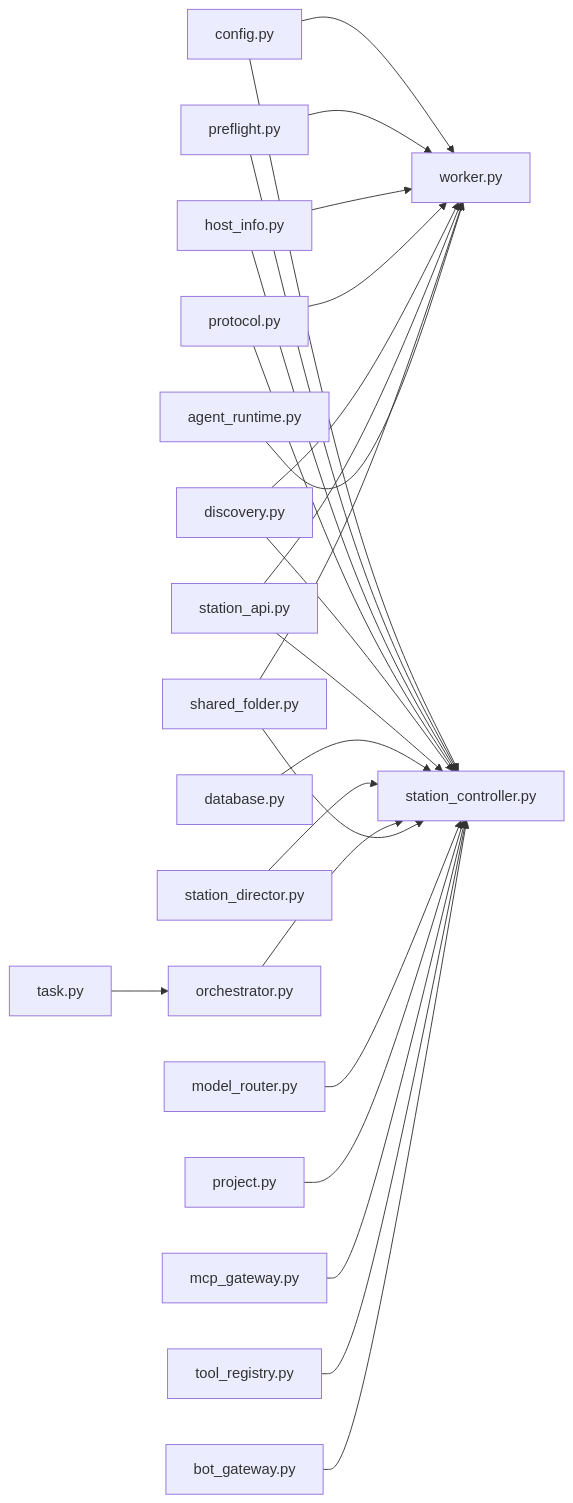
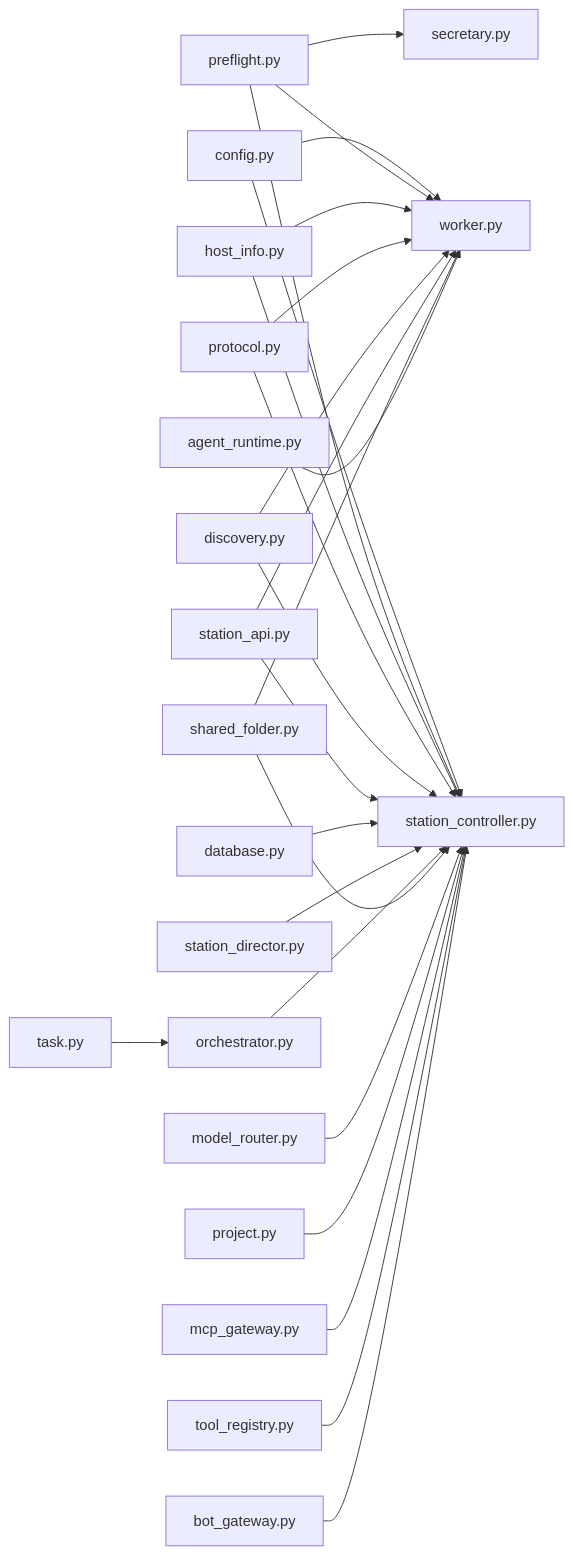
Before and after one commit to targalian/Personal-distributed-workstation: diagram 13 of 13 in .qoder/repowiki/zh/content/核心模块/核心模块.md, drawn with Mermaid. The commit also changed other lines of this file and 117 other files, not shown here.

````diff
--- a/.qoder/repowiki/zh/content/核心模块/核心模块.md
+++ b/.qoder/repowiki/zh/content/核心模块/核心模块.md
@@ -754,27 +823,28 @@
 ```mermaid
 graph LR
 Config["config.py"] --> Station["station_controller.py"]
 Config --> Worker["worker.py"]
 Preflight["preflight.py"] --> Station
 Preflight --> Worker
+Preflight --> Secretary["secretary.py"]
 HostInfo["host_info.py"] --> Station
 HostInfo --> Worker
 Protocol["protocol.py"] --> Station
 Protocol --> Worker
 Discovery["discovery.py"] --> Station
 Discovery --> Worker
 API["station_api.py"] --> Station
 API --> Worker
 DB["database.py"] --> Station
 StationDirector["station_director.py"] --> Station
 Orchestrator["orchestrator.py"] --> Station
 Task["task.py"] --> Orchestrator
 Shared["shared_folder.py"] --> Station
 Shared --> Worker
 ModelRouter["model_router.py"] --> Station
 ProjectManager["project.py"] --> Station
 MCPGateway["mcp_gateway.py"] --> Station
 AgentRuntime["agent_runtime.py"] --> Worker
 ToolRegistry["tool_registry.py"] --> Station
 BotGateway["bot_gateway.py"] --> Station
 ```
````
